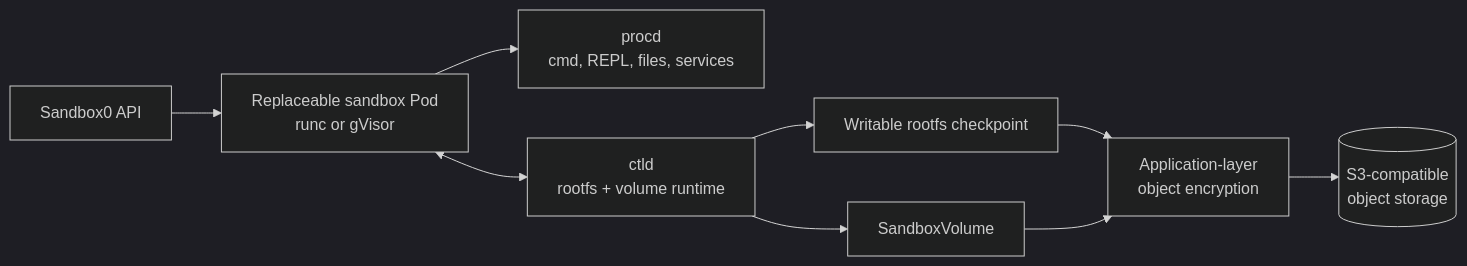
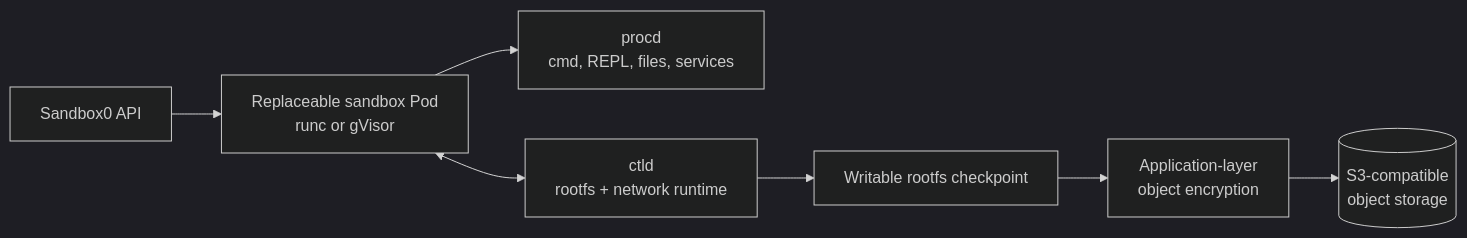
One commit to sandbox0-ai/sandbox0 changed the first of 2 diagrams in README.md. Above: the diagram before and after it, drawn with Mermaid (dark theme). The commit also changed other lines of this file and 398 other files, not shown here.

Commit message:
remove Sandbox Volume and s0fs

````diff
--- a/README.md
+++ b/README.md
@@ -111,11 +110,9 @@
 ```mermaid
 flowchart LR
     api["Sandbox0 API"] --> pod["Replaceable sandbox Pod<br/>runc or gVisor"]
     pod --> procd["procd<br/>cmd, REPL, files, services"]
-    pod <--> ctld["ctld<br/>rootfs + volume runtime"]
+    pod <--> ctld["ctld<br/>rootfs + network runtime"]
     ctld --> rootfs["Writable rootfs checkpoint"]
-    ctld --> volume["SandboxVolume"]
     rootfs --> encryption["Application-layer<br/>object encryption"]
-    volume --> encryption
     encryption --> object[("S3-compatible<br/>object storage")]
 ```
````
